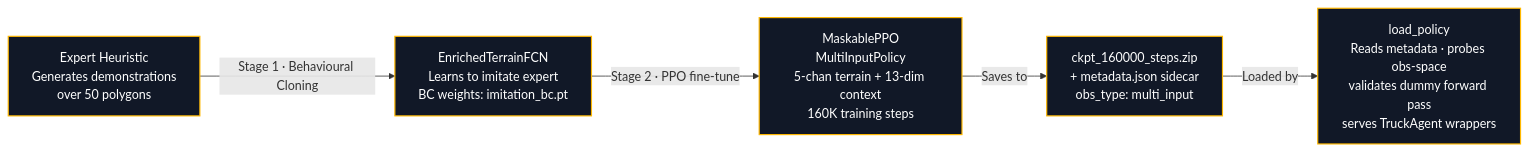
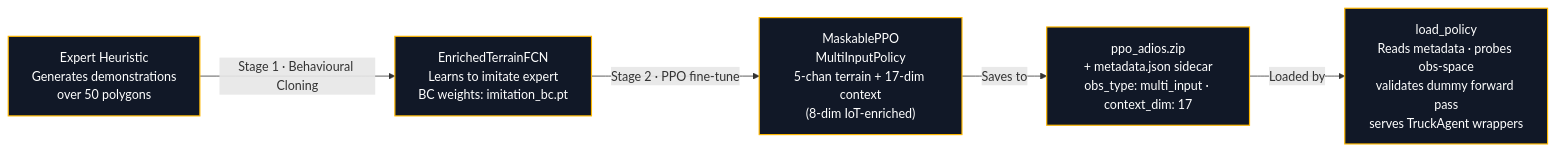
The second of 5 diagrams in README.md (nush1729/adaptive-dump-intelligence), drawn with Mermaid before and after one commit. The commit also changed other lines of this file and 39 other files, not shown here.

````diff
--- a/README.md
+++ b/README.md
@@ -110,15 +145,15 @@
 ```mermaid
 flowchart LR
     A["Expert Heuristic\nGenerates demonstrations\nover 50 polygons"] -->|Stage 1 · Behavioural Cloning| B
 
     B["EnrichedTerrainFCN\nLearns to imitate expert\nBC weights: imitation_bc.pt"] -->|Stage 2 · PPO fine-tune| C
 
-    C["MaskablePPO\nMultiInputPolicy\n5-chan terrain + 13-dim context\n160K training steps"] -->|Saves to| D
+    C["MaskablePPO\nMultiInputPolicy\n5-chan terrain + 17-dim context\n(8-dim IoT-enriched)"] -->|Saves to| D
 
-    D["ckpt_160000_steps.zip\n+ metadata.json sidecar\nobs_type: multi_input"] -->|Loaded by| E
+    D["ppo_adios.zip\n+ metadata.json sidecar\nobs_type: multi_input · context_dim: 17"] -->|Loaded by| E
 
     E["load_policy\nReads metadata · probes obs-space\nvalidates dummy forward pass\nserves TruckAgent wrappers"]
 
     classDef node fill:#111827,stroke:#FFB800,color:#fff,stroke-width:1.5px
     class A,B,C,D,E node
 ```
````
